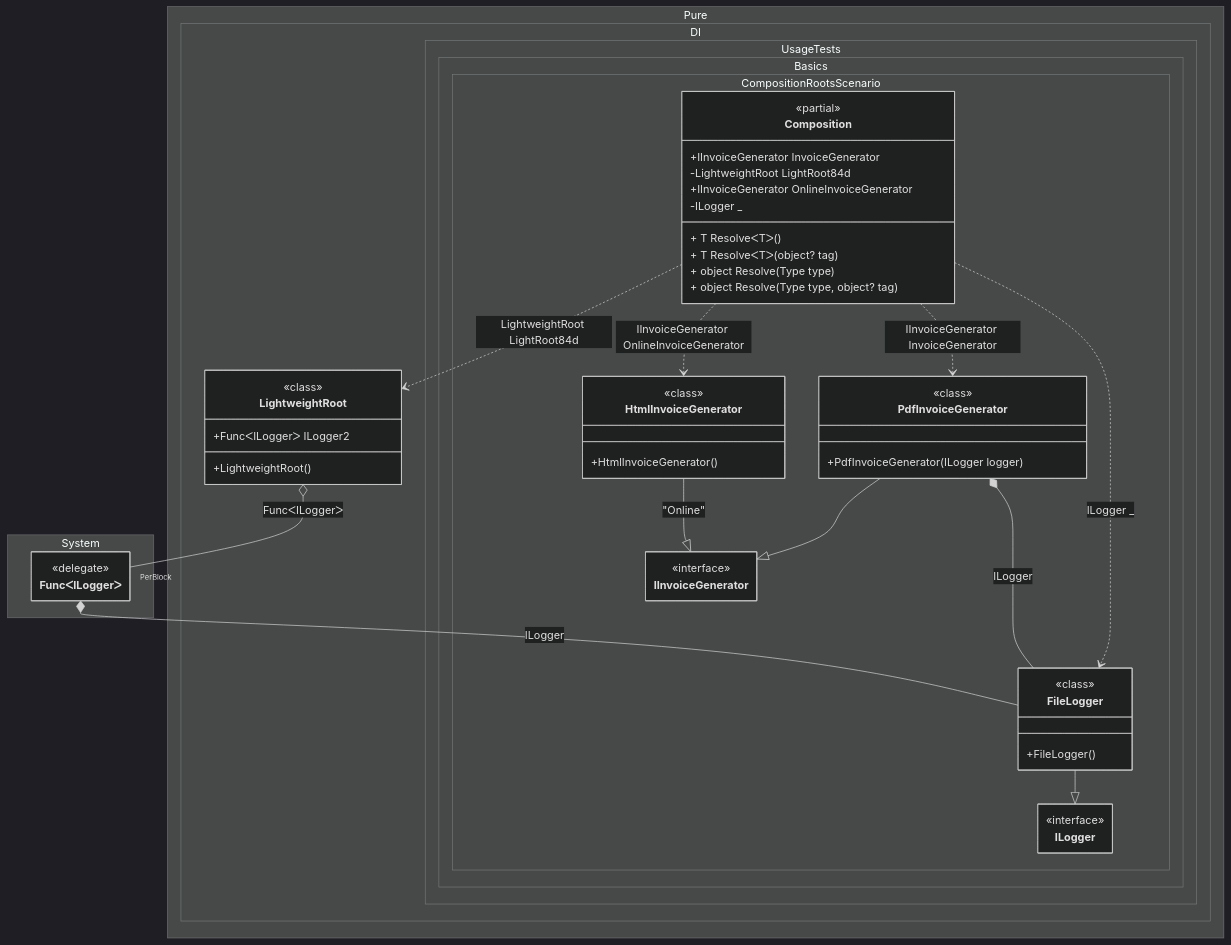
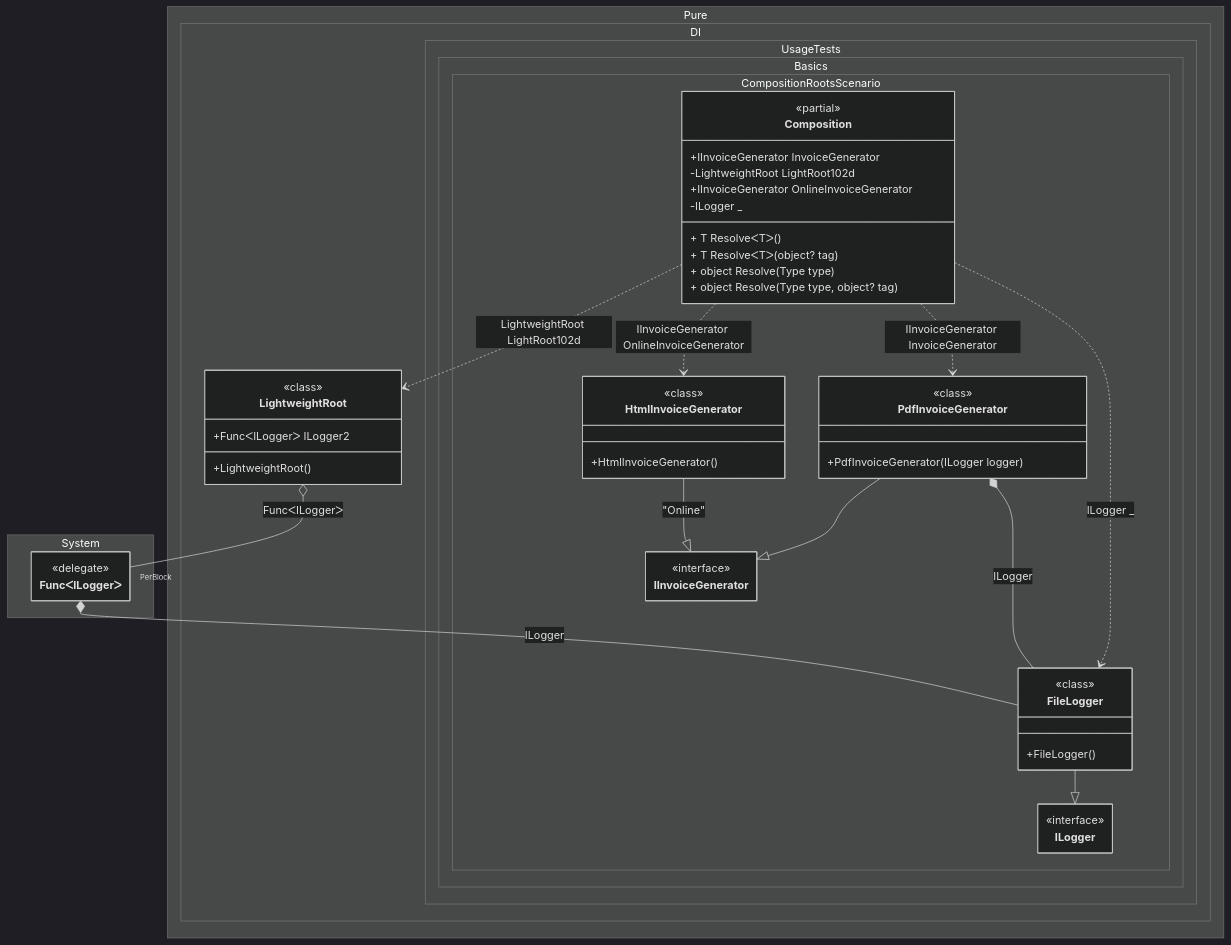
Before and after one commit to DevTeam/Pure.DI: the diagram in readme/composition-roots.md, drawn with Mermaid (dark theme). The commit also changed 24 other files, not shown here.

````diff
--- a/readme/composition-roots.md
+++ b/readme/composition-roots.md
@@ -324,63 +324,63 @@
 ```mermaid
 ---
  config:
   maxTextSize: 2147483647
   maxEdges: 2147483647
   class:
    hideEmptyMembersBox: true
 ---
 classDiagram
 	PdfInvoiceGenerator --|> IInvoiceGenerator
 	HtmlInvoiceGenerator --|> IInvoiceGenerator : "Online" 
 	FileLogger --|> ILogger
-	Composition ..> LightweightRoot : LightweightRoot LightRoot84d
+	Composition ..> LightweightRoot : LightweightRoot LightRoot102d
 	Composition ..> HtmlInvoiceGenerator : IInvoiceGenerator OnlineInvoiceGenerator
 	Composition ..> FileLogger : ILogger _
 	Composition ..> PdfInvoiceGenerator : IInvoiceGenerator InvoiceGenerator
 	PdfInvoiceGenerator *--  FileLogger : ILogger
 	LightweightRoot o-- "PerBlock" FuncᐸILoggerᐳ : FuncᐸILoggerᐳ
 	FuncᐸILoggerᐳ *--  FileLogger : ILogger
 	namespace Pure.DI {
 		class LightweightRoot {
 				<<class>>
 			+LightweightRoot()
 			+FuncᐸILoggerᐳ ILogger2
 		}
 	}
 	namespace Pure.DI.UsageTests.Basics.CompositionRootsScenario {
 		class Composition {
 		<<partial>>
 		+IInvoiceGenerator InvoiceGenerator
-		-LightweightRoot LightRoot84d
+		-LightweightRoot LightRoot102d
 		+IInvoiceGenerator OnlineInvoiceGenerator
 		-ILogger _
 		+ T ResolveᐸTᐳ()
 		+ T ResolveᐸTᐳ(object? tag)
 		+ object Resolve(Type type)
 		+ object Resolve(Type type, object? tag)
 		}
 		class FileLogger {
 				<<class>>
 			+FileLogger()
 		}
 		class HtmlInvoiceGenerator {
 				<<class>>
 			+HtmlInvoiceGenerator()
 		}
 		class IInvoiceGenerator {
 			<<interface>>
 		}
 		class ILogger {
 			<<interface>>
 		}
 		class PdfInvoiceGenerator {
 				<<class>>
 			+PdfInvoiceGenerator(ILogger logger)
 		}
 	}
 	namespace System {
 		class FuncᐸILoggerᐳ {
 				<<delegate>>
 		}
 	}
 ```
````
